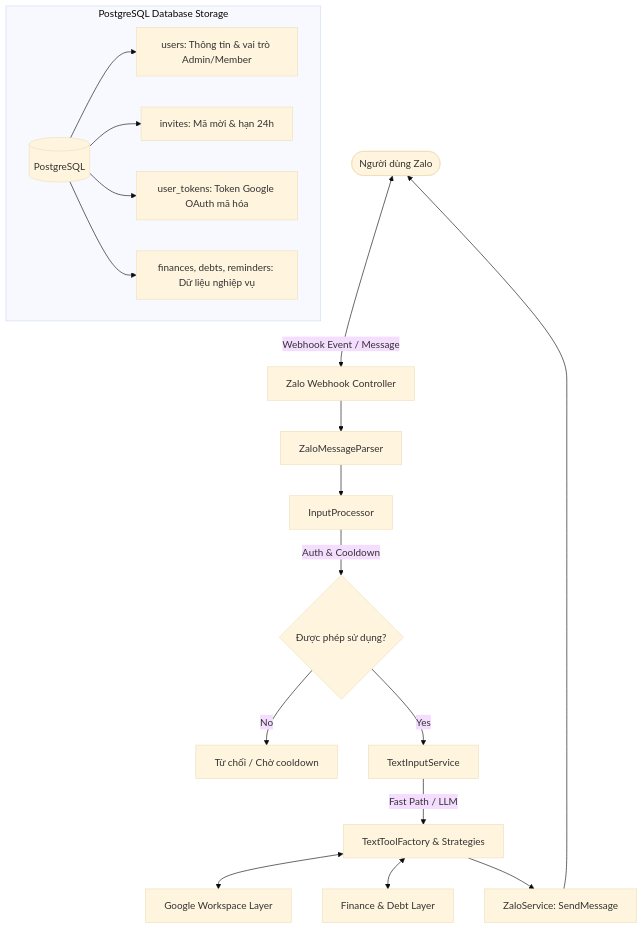
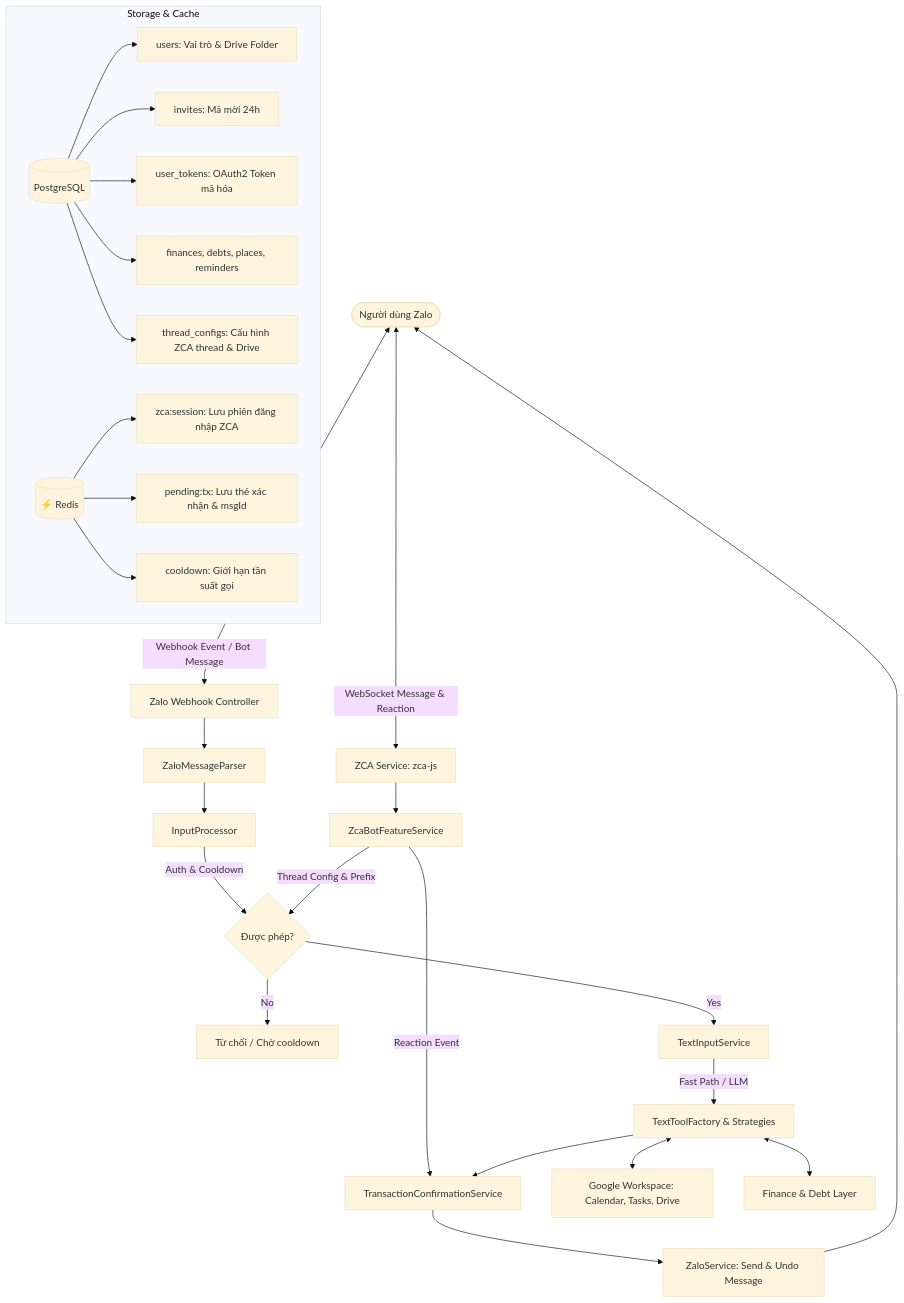
The diagram in docs/architecture.md (dat-dv/zalo-bot), drawn with Mermaid (base theme) before and after one commit. The commit also changed other lines of this file and 23 other files, not shown here.

````diff
--- a/docs/architecture.md
+++ b/docs/architecture.md
@@ -15,23 +20,37 @@
 ```mermaid
 graph TD
-    User([Người dùng Zalo]) <-->|Webhook Event / Message| ZL[Zalo Webhook Controller]
+    User([Người dùng Zalo]) <-->|Webhook Event / Bot Message| ZL[Zalo Webhook Controller]
+    User <-->|WebSocket Message & Reaction| ZCA[ZCA Service: zca-js]
+
     ZL --> Parser[ZaloMessageParser]
     Parser --> Processor[InputProcessor]
-    Processor -->|Auth & Cooldown| Guard{Được phép sử dụng?}
+    ZCA --> ZcaFeature[ZcaBotFeatureService]
+
+    Processor -->|Auth & Cooldown| Guard{Được phép?}
+    ZcaFeature -->|Thread Config & Prefix| Guard
+
     Guard -- No --> Reject[Từ chối / Chờ cooldown]
     Guard -- Yes --> TextService[TextInputService]
+    ZcaFeature -->|Reaction Event| ConfirmService[TransactionConfirmationService]
+
     TextService -->|Fast Path / LLM| Factory[TextToolFactory & Strategies]
-
-    Factory <--> Google[Google Workspace Layer]
-    Factory <--> Finance[Finance & Debt Layer]
-    Factory --> Outbound[ZaloService: SendMessage]
+    Factory --> ConfirmService
+    ConfirmService --> Outbound[ZaloService: Send & Undo Message]
     Outbound --> User
 
-    subgraph PostgreSQL Database Storage
+    Factory <--> Google[Google Workspace: Calendar, Tasks, Drive]
+    Factory <--> Finance[Finance & Debt Layer]
+
+    subgraph Storage & Cache
         DB[(PostgreSQL)]
-        DB --> UsersTable[users: Thông tin & vai trò Admin/Member]
-        DB --> InvitesTable[invites: Mã mời & hạn 24h]
-        DB --> TokensTable[user_tokens: Token Google OAuth mã hóa]
-        DB --> FinTable[finances, debts, reminders: Dữ liệu nghiệp vụ]
+        Redis[(⚡ Redis)]
+        DB --> UsersTable[users: Vai trò & Drive Folder]
+        DB --> InvitesTable[invites: Mã mời 24h]
+        DB --> TokensTable[user_tokens: OAuth2 Token mã hóa]
+        DB --> FinTable[finances, debts, places, reminders]
+        DB --> ThreadTable[thread_configs: Cấu hình ZCA thread & Drive]
+        Redis --> RSession[zca:session: Lưu phiên đăng nhập ZCA]
+        Redis --> RConfirm[pending:tx: Lưu thẻ xác nhận & msgId]
+        Redis --> RCooldown[cooldown: Giới hạn tần suất gọi]
     end
 ```
````
